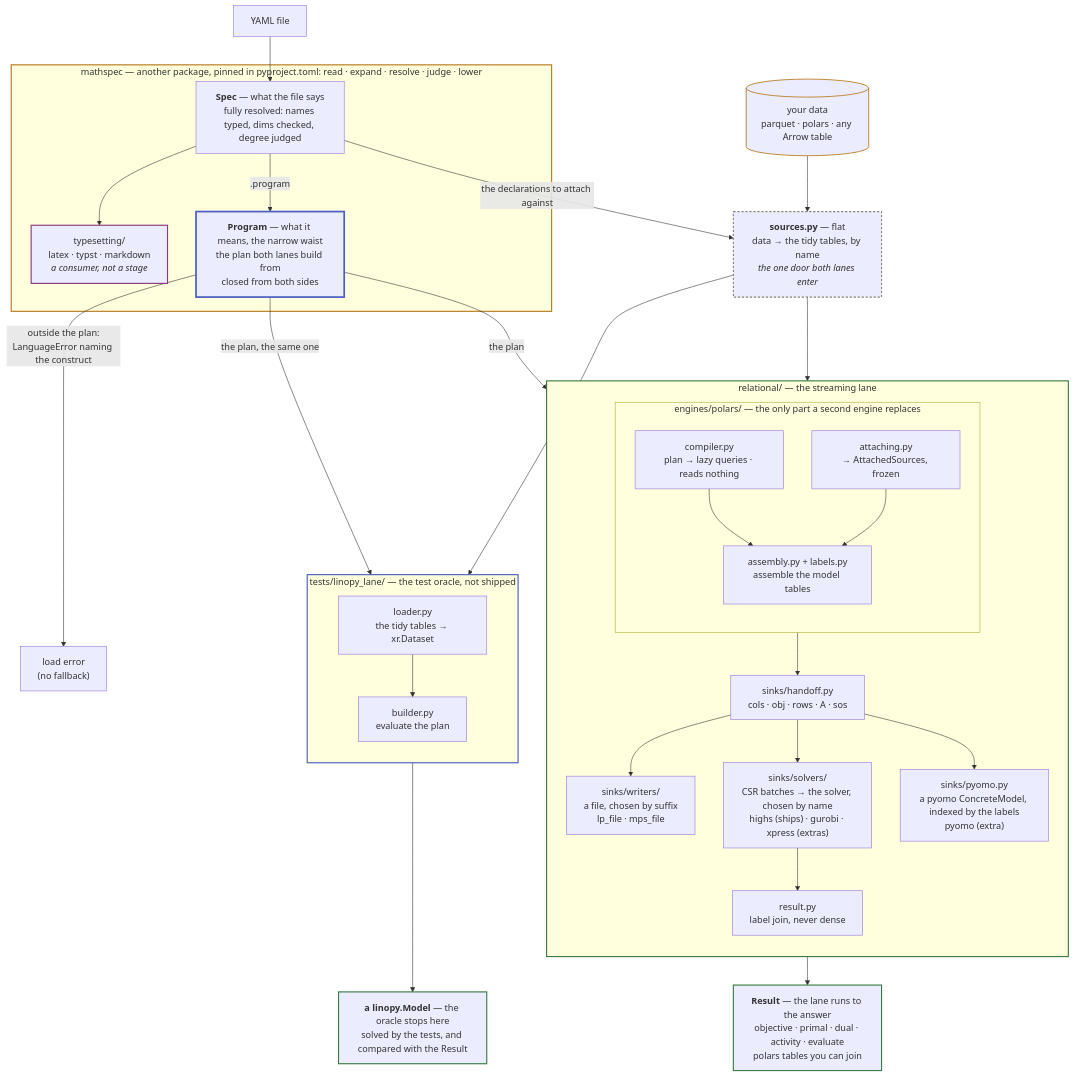
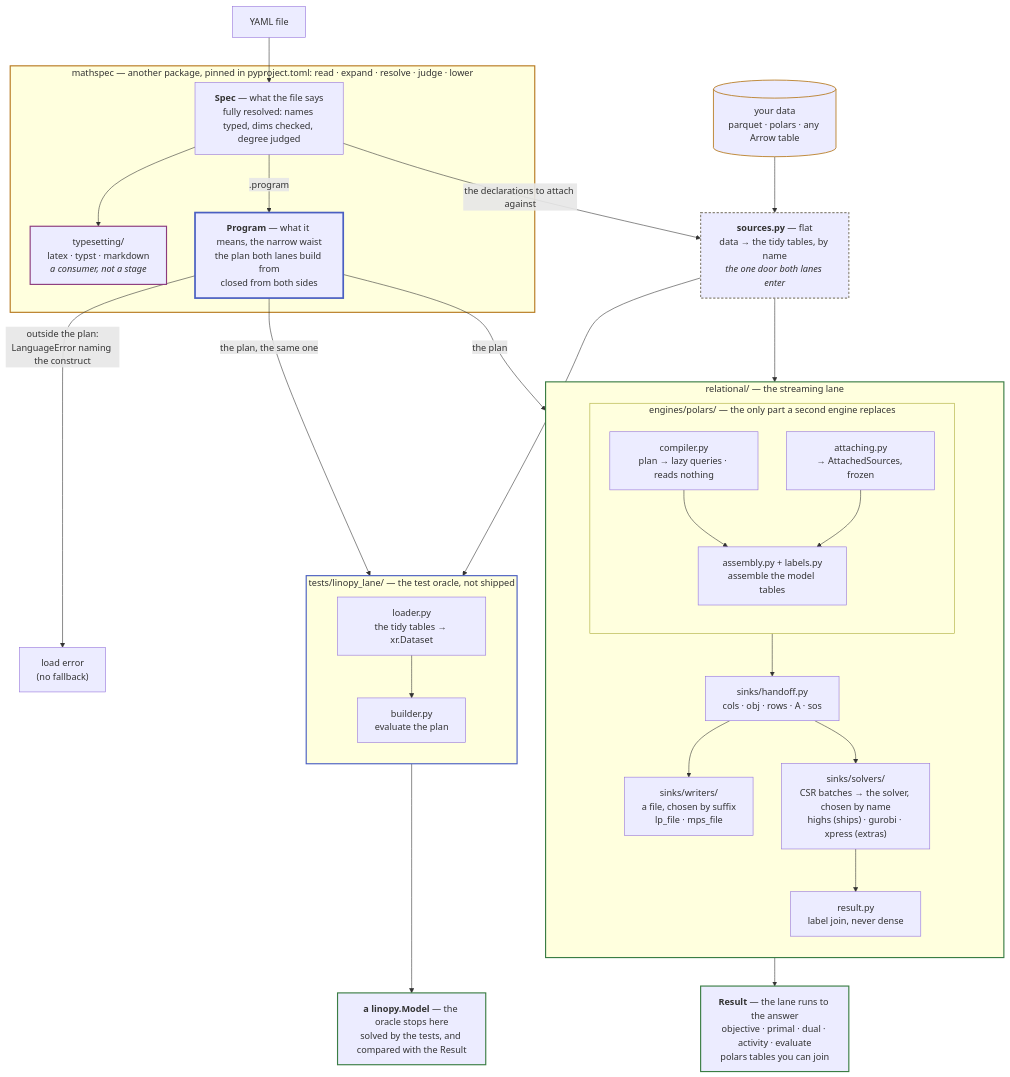
The first of 2 diagrams in docs/about/architecture.md (fluxopt/specsolve), drawn with Mermaid before and after one commit. The commit also changed other lines of this file and 12 other files, not shown here.

````diff
--- a/docs/about/architecture.md
+++ b/docs/about/architecture.md
@@ -60,60 +60,59 @@
 ```mermaid
 flowchart TB
     Y[YAML file] --> SPEC
     DATA[("your data<br/>parquet · polars · any Arrow table")] --> SRC
 
     subgraph MS["mathspec — another package, pinned in pyproject.toml: read · expand · resolve · judge · lower"]
         SPEC["<b>Spec</b> — what the file says<br/>fully resolved: names typed, dims checked, degree judged"]
         SPEC --> TS["typesetting/<br/>latex · typst · markdown<br/><i>a consumer, not a stage</i>"]
         SPEC -->|".program"| PLAN["<b>Program</b> — what it means, the narrow waist<br/>the plan both lanes build from<br/>closed from both sides"]
     end
 
     SPEC -->|"the declarations to attach against"| SRC
     SRC["<b>sources.py</b> — flat<br/>data → the tidy tables, by name<br/><i>the one door both lanes enter</i>"]
 
     PLAN -->|"outside the plan:<br/>LanguageError naming the construct"| ERR["load error<br/>(no fallback)"]
     PLAN -->|"the plan"| COMP
     SRC --> ATTACH
     PLAN -->|"the plan, the same one"| BUILD
     SRC --> LOAD
 
     subgraph REL["relational/ — the streaming lane"]
         direction TB
         subgraph ENG["engines/polars/ — the only part a second engine replaces"]
             direction TB
             COMP["compiler.py<br/>plan → lazy queries · reads nothing"] --> ENGINE
             ATTACH["attaching.py<br/>→ AttachedSources, frozen"] --> ENGINE["assembly.py + labels.py<br/>assemble the model tables"]
         end
         ENG --> TABLES["sinks/handoff.py<br/>cols · obj · rows · A · sos"]
         TABLES --> LPS["sinks/writers/<br/>a file, chosen by suffix<br/>lp_file · mps_file"]
         TABLES --> DIRECT["sinks/solvers/<br/>CSR batches → the solver, chosen by name<br/>highs (ships) · gurobi · xpress (extras)"]
-        TABLES --> PYO["sinks/pyomo.py<br/>a pyomo ConcreteModel, indexed by the labels<br/>pyomo (extra)"]
         DIRECT --> SOL["result.py<br/>label join, never dense"]
     end
 
     SOL --> ANS["<b>Result</b> — the lane runs to the answer<br/>objective · primal · dual · activity · evaluate<br/>polars tables you can join"]
 
     subgraph LIN["tests/linopy_lane/ — the test oracle, not shipped"]
         direction TB
         LOAD["loader.py<br/>the tidy tables → xr.Dataset"] --> BUILD["builder.py<br/>evaluate the plan"]
     end
 
     BUILD --> MODEL["<b>a linopy.Model</b> — the oracle stops here<br/>solved by the tests, and compared with the Result"]
 
     classDef laneL stroke:#b7791f,stroke-width:2px
     classDef laneR stroke:#3a7d44,stroke-width:2px
     classDef laneE stroke:#4a5fc1,stroke-width:2px
     classDef laneT stroke:#8b3a7d,stroke-width:2px
     classDef waist stroke:#4a5fc1,stroke-width:3px
     classDef flat stroke:#8a8578,stroke-width:2px,stroke-dasharray:4 3
     classDef data stroke:#b7791f,stroke-width:1.5px
     classDef out stroke:#3a7d44,stroke-width:2px
     class MS laneL
     class REL laneR
     class LIN laneE
     class TS laneT
     class PLAN waist
     class SRC flat
     class DATA data
     class ANS,MODEL out
 ```
````
